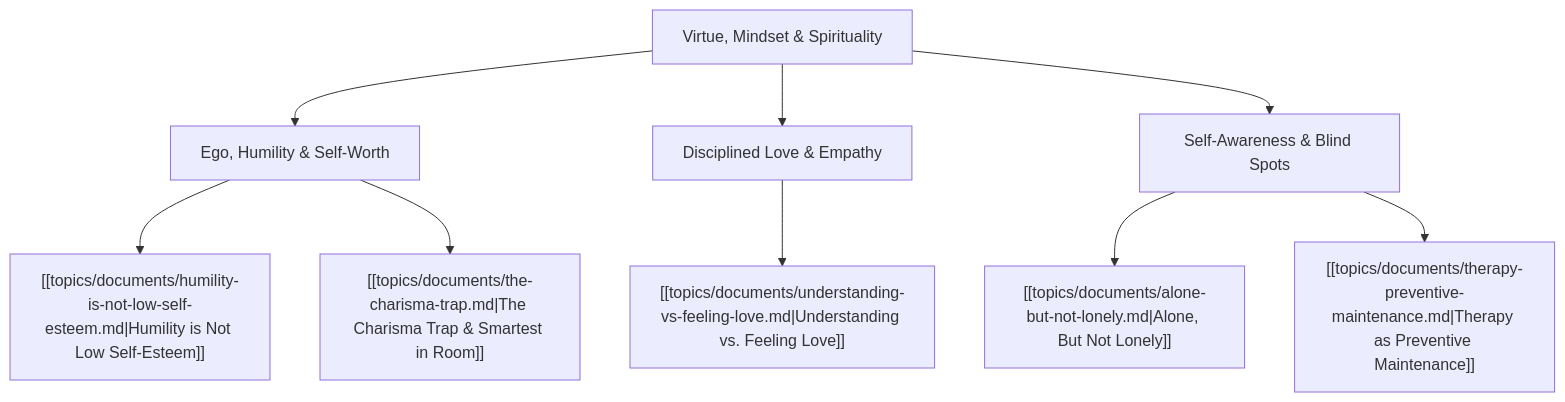
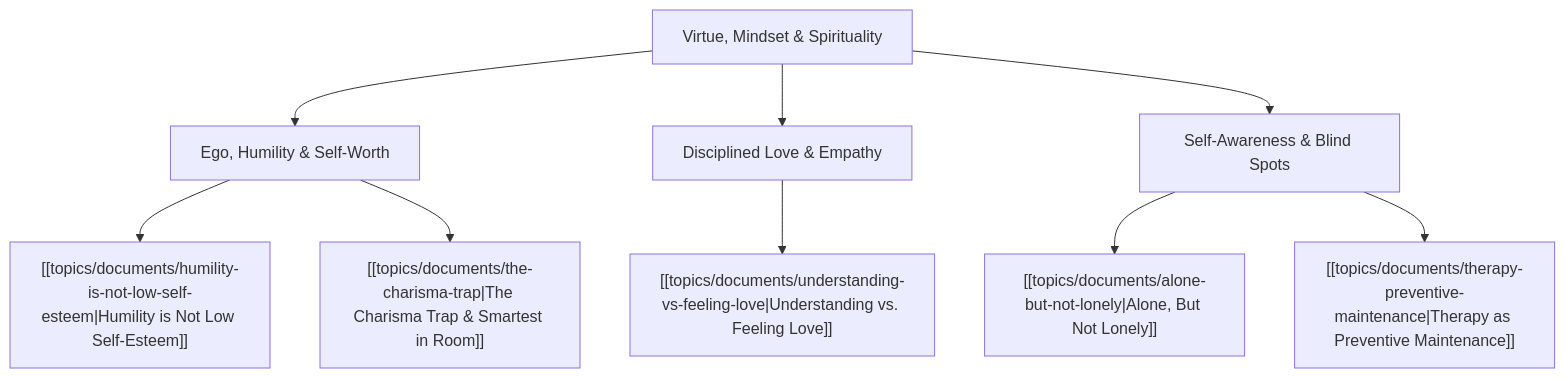
The diagram in topics/themes/virtue-mindset.md (cstroliadavis/social-media-ideas), drawn with Mermaid before and after one commit. The commit also changed other lines of this file and 25 other files, not shown here.

````diff
--- a/topics/themes/virtue-mindset.md
+++ b/topics/themes/virtue-mindset.md
@@ -12,14 +22,14 @@
 ```mermaid
 graph TD
     VIRTUE["Virtue, Mindset & Spirituality"]
     
     VIRTUE --> EGO["Ego, Humility & Self-Worth"]
     VIRTUE --> COMMIT["Disciplined Love & Empathy"]
     VIRTUE --> AWARE["Self-Awareness & Blind Spots"]
     
-    EGO --> D1["[[topics/documents/humility-is-not-low-self-esteem.md|Humility is Not Low Self-Esteem]]"]
-    EGO --> D2["[[topics/documents/the-charisma-trap.md|The Charisma Trap & Smartest in Room]]"]
-    COMMIT --> D3["[[topics/documents/understanding-vs-feeling-love.md|Understanding vs. Feeling Love]]"]
-    AWARE --> D4["[[topics/documents/alone-but-not-lonely.md|Alone, But Not Lonely]]"]
-    AWARE --> D5["[[topics/documents/therapy-preventive-maintenance.md|Therapy as Preventive Maintenance]]"]
+    EGO --> D1["[[topics/documents/humility-is-not-low-self-esteem|Humility is Not Low Self-Esteem]]"]
+    EGO --> D2["[[topics/documents/the-charisma-trap|The Charisma Trap & Smartest in Room]]"]
+    COMMIT --> D3["[[topics/documents/understanding-vs-feeling-love|Understanding vs. Feeling Love]]"]
+    AWARE --> D4["[[topics/documents/alone-but-not-lonely|Alone, But Not Lonely]]"]
+    AWARE --> D5["[[topics/documents/therapy-preventive-maintenance|Therapy as Preventive Maintenance]]"]
 ```
````
